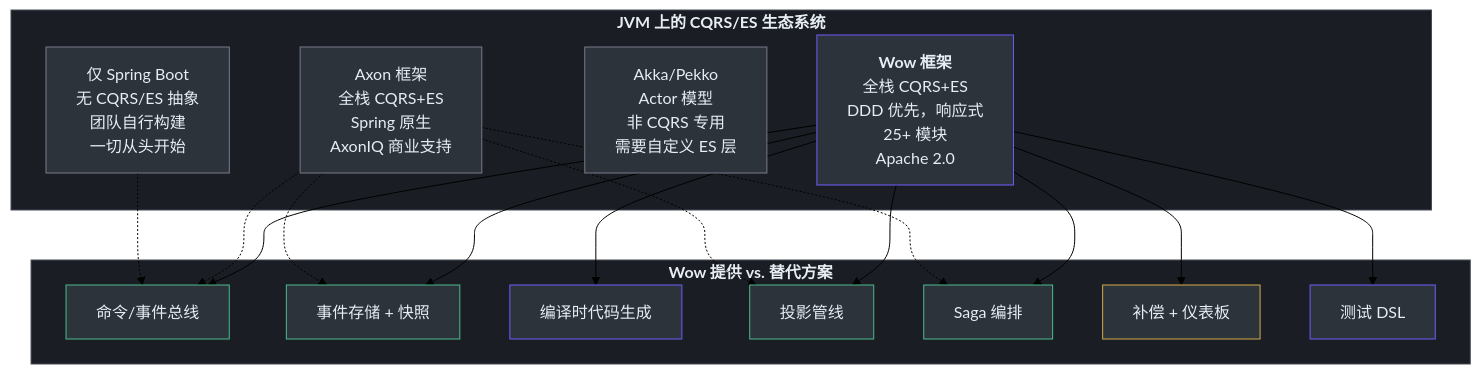
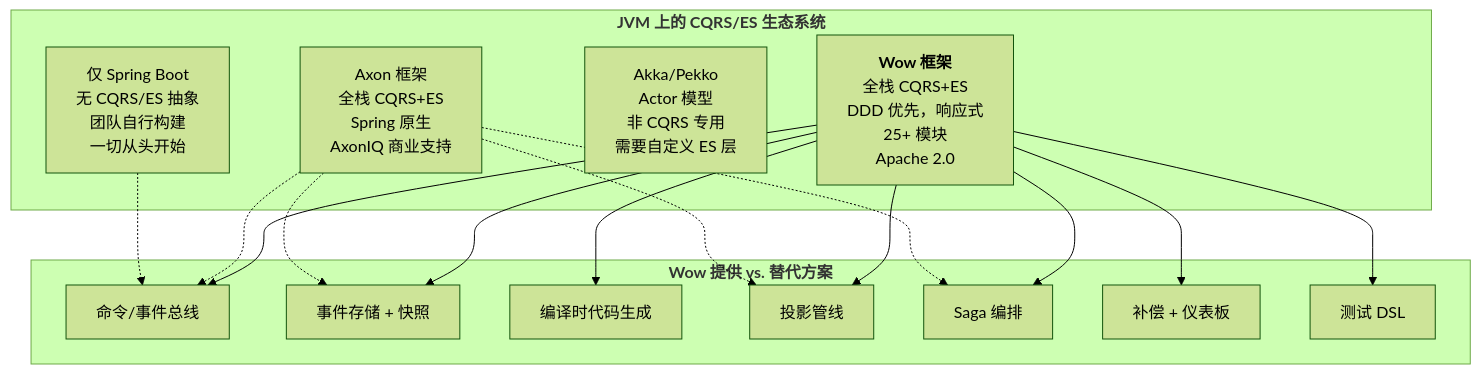
Before and after one commit to Ahoo-Wang/Wow: the first of 7 diagrams in documentation/docs/zh/onboarding/executive-guide.md, drawn with Mermaid (forest theme). The commit also changed other lines of this file and 32 other files, not shown here.

Commit message:
docs: remove unsupported style/classDef directives from stateDiagram-v2 Mermaid blocks

````diff
--- a/documentation/docs/zh/onboarding/executive-guide.md
+++ b/documentation/docs/zh/onboarding/executive-guide.md
@@ -45,48 +45,35 @@
 ```mermaid
 graph TB
     subgraph ECOSYSTEM["<b>JVM 上的 CQRS/ES 生态系统</b>"]
         WOW["<b>Wow 框架</b><br>全栈 CQRS+ES<br>DDD 优先，响应式<br>25+ 模块<br>Apache 2.0"]
         AXON["Axon 框架<br>全栈 CQRS+ES<br>Spring 原生<br>AxonIQ 商业支持"]
         AKKA["Akka/Pekko<br>Actor 模型<br>非 CQRS 专用<br>需要自定义 ES 层"]
         RAW["仅 Spring Boot<br>无 CQRS/ES 抽象<br>团队自行构建<br>一切从头开始"]
     end
 
     subgraph LAYERS["<b>Wow 提供 vs. 替代方案</b>"]
         L1["命令/事件总线"]
         L2["事件存储 + 快照"]
         L3["编译时代码生成"]
         L4["投影管线"]
         L5["Saga 编排"]
         L6["补偿 + 仪表板"]
         L7["测试 DSL"]
     end
 
     WOW --> L1
     WOW --> L2
     WOW --> L3
     WOW --> L4
     WOW --> L5
     WOW --> L6
     WOW --> L7
 
     AXON -.-> L1
     AXON -.-> L2
     AXON -.-> L4
     AXON -.-> L5
 
     RAW -.-> L1
 
-    style WOW fill:#2d333b,stroke:#6d5dfc,color:#e6edf3
-    style AXON fill:#2d333b,stroke:#7a7a8a,color:#e6edf3
-    style AKKA fill:#2d333b,stroke:#7a7a8a,color:#e6edf3
-    style RAW fill:#2d333b,stroke:#7a7a8a,color:#e6edf3
-    style L1 fill:#2d333b,stroke:#4aba8a,color:#e6edf3
-    style L2 fill:#2d333b,stroke:#4aba8a,color:#e6edf3
-    style L3 fill:#2d333b,stroke:#6d5dfc,color:#e6edf3
-    style L4 fill:#2d333b,stroke:#4aba8a,color:#e6edf3
-    style L5 fill:#2d333b,stroke:#4aba8a,color:#e6edf3
-    style L6 fill:#2d333b,stroke:#d4a84b,color:#e6edf3
-    style L7 fill:#2d333b,stroke:#6d5dfc,color:#e6edf3
-    style ECOSYSTEM fill:#1a1d23,stroke:#444c56,color:#e6edf3
-    style LAYERS fill:#1a1d23,stroke:#444c56,color:#e6edf3
 ```
````
